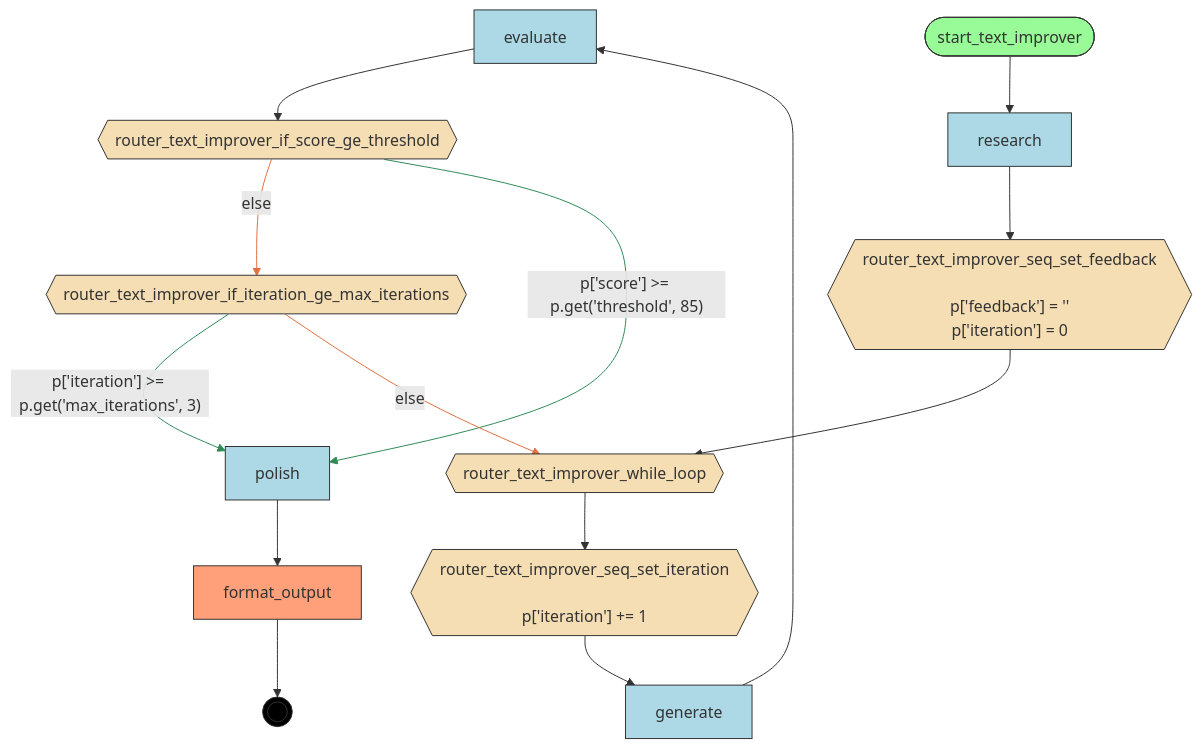
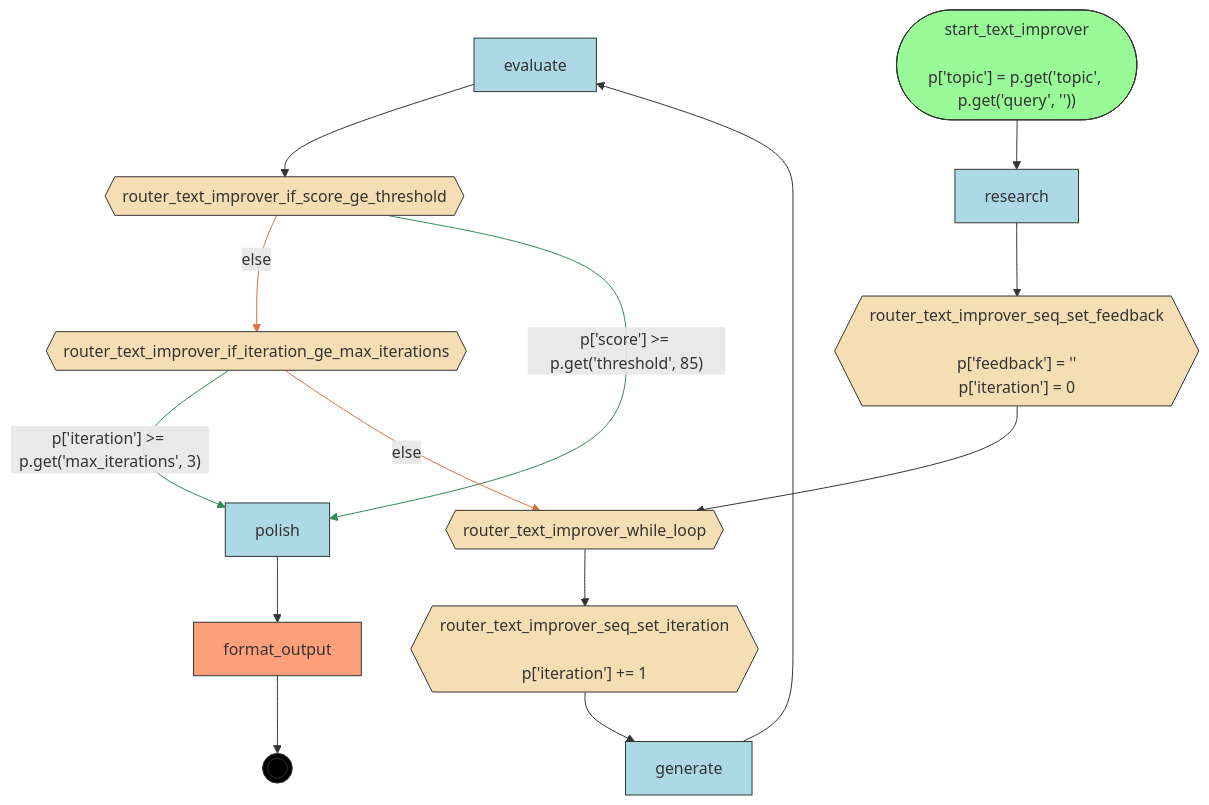
Before and after one commit to deliveryhero/asya: the diagram in examples/demo-kubecon/compiled/text-improver/artifacts/flow.mmd, drawn with Mermaid. The commit also changed 9 other files, not shown here.

Commit message:
fix(demo): extract topic from query, recompile flow

```diff
--- a/examples/demo-kubecon/compiled/text-improver/artifacts/flow.mmd
+++ b/examples/demo-kubecon/compiled/text-improver/artifacts/flow.mmd
@@ -1,42 +1,42 @@
 flowchart TD
     %% Flow: text_improver
 
     evaluate[evaluate]
     format_output[format_output]
     generate[generate]
     polish[polish]
     research[research]
     router_text_improver_if_iteration_ge_max_iterations{{router_text_improver_if_iteration_ge_max_iterations}}
     router_text_improver_if_score_ge_threshold{{router_text_improver_if_score_ge_threshold}}
     router_text_improver_seq_set_feedback{{"router_text_improver_seq_set_feedback<br/><br/>p['feedback'] = ''<br/>p['iteration'] = 0"}}
     router_text_improver_seq_set_iteration{{"router_text_improver_seq_set_iteration<br/><br/>p['iteration'] += 1"}}
     router_text_improver_while_loop{{router_text_improver_while_loop}}
-    start_text_improver([start_text_improver])
+    start_text_improver(["start_text_improver<br/><br/>p['topic'] = p.get('topic', p.get('query', ''))"])
     __end__((( )))
 
     start_text_improver --> research
     research --> router_text_improver_seq_set_feedback
     router_text_improver_if_iteration_ge_max_iterations -->|"p['iteration'] >= p.get('max_iterations', 3)"| polish
     polish --> format_output
     router_text_improver_if_score_ge_threshold -->|"else"| router_text_improver_if_iteration_ge_max_iterations
     router_text_improver_if_score_ge_threshold -->|"p['score'] >= p.get('threshold', 85)"| polish
     router_text_improver_seq_set_iteration --> generate
     generate --> evaluate
     evaluate --> router_text_improver_if_score_ge_threshold
     router_text_improver_while_loop --> router_text_improver_seq_set_iteration
     router_text_improver_seq_set_feedback --> router_text_improver_while_loop
     router_text_improver_if_iteration_ge_max_iterations -->|"else"| router_text_improver_while_loop
     format_output --> __end__
 
     classDef start fill:#98FB98,stroke:#333
     classDef endnode fill:#FFA07A,stroke:#333
     classDef router fill:#F5DEB3,stroke:#333
     classDef handler fill:#ADD8E6,stroke:#333
     classDef endpoint fill:#000,stroke:#333,color:#fff
     class start_text_improver start
     class format_output endnode
     class router_text_improver_if_iteration_ge_max_iterations,router_text_improver_if_score_ge_threshold,router_text_improver_seq_set_feedback,router_text_improver_seq_set_iteration,router_text_improver_while_loop router
     class evaluate,generate,polish,research handler
     class __end__ endpoint
     linkStyle 2,5 stroke:#2E8B57
     linkStyle 4,11 stroke:#E07040
```
